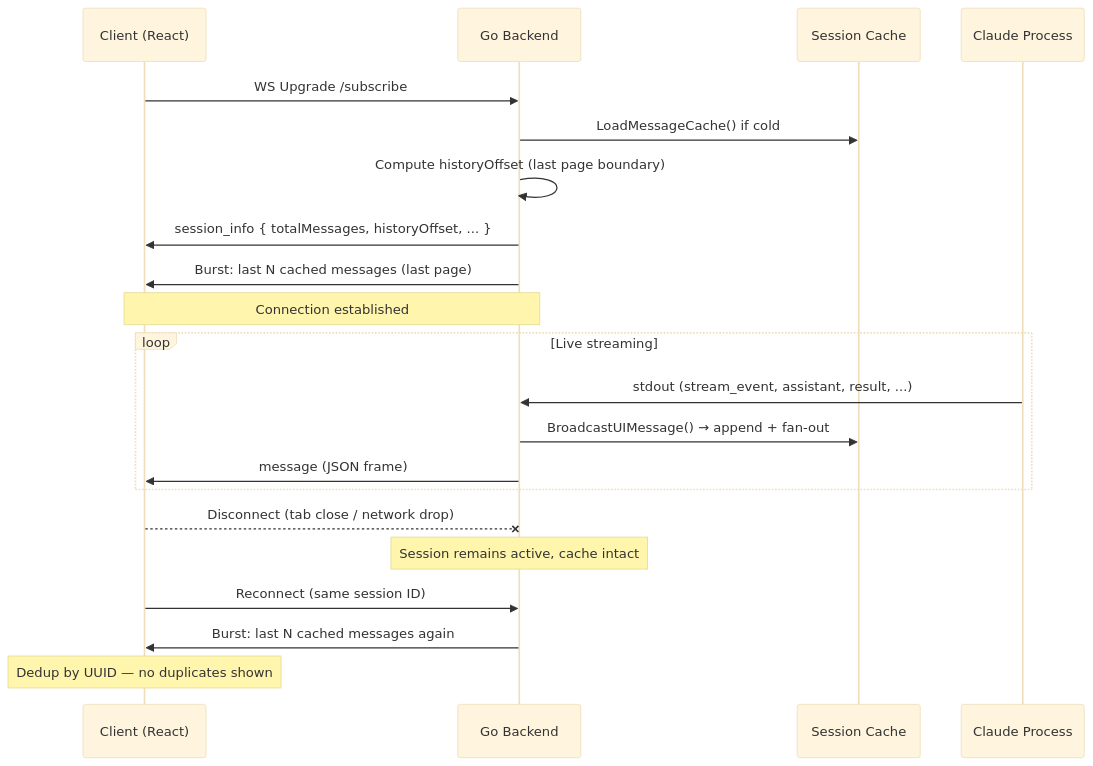
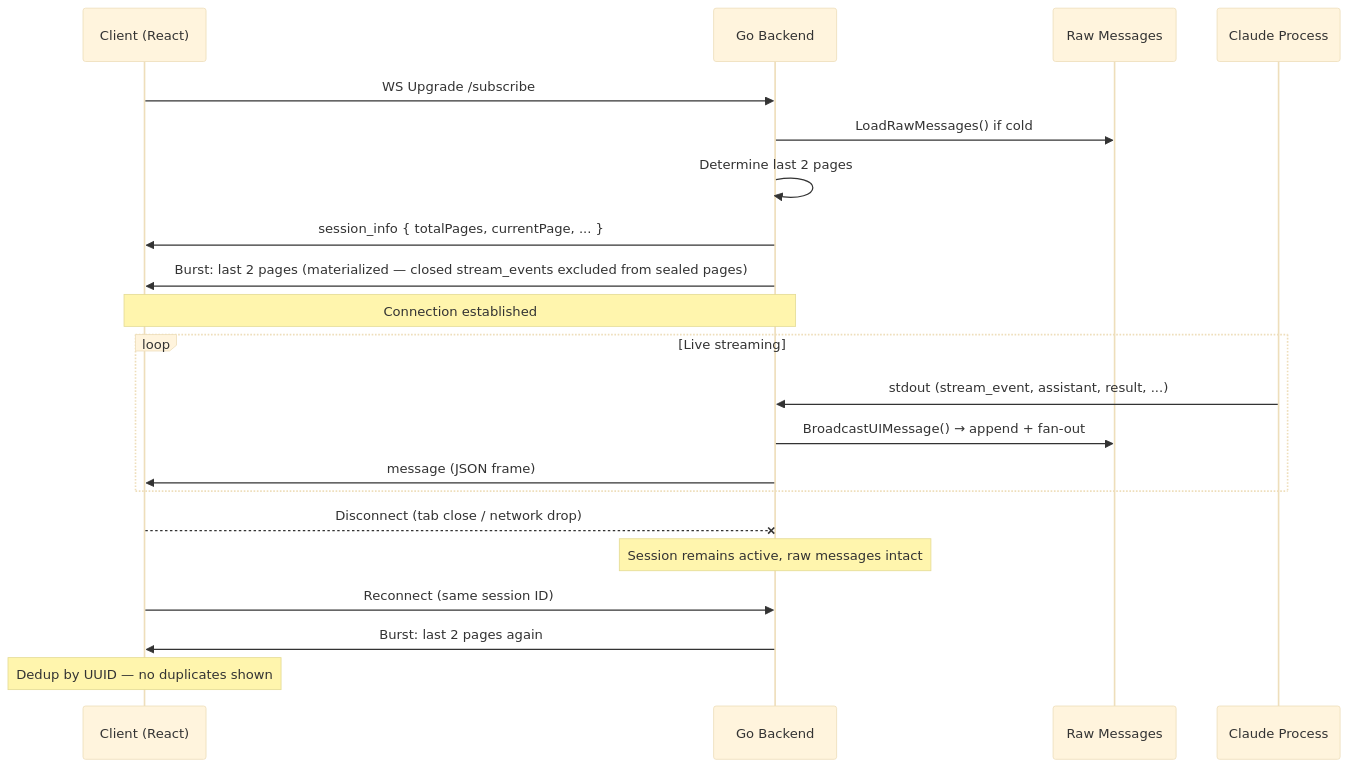
Before and after one commit to xiaoyuanzhu-com/my-life-db-docs: the second of 3 diagrams in src/content/docs/internal/claude-code/session-messages-review.md, drawn with Mermaid (base theme). The commit also changed other lines of this file, not shown here.

First line of the commit message:
docs: refactor session messages review for append-only raw messages and page-based pagination

````diff
--- a/src/content/docs/internal/claude-code/session-messages-review.md
+++ b/src/content/docs/internal/claude-code/session-messages-review.md
@@ -167,27 +167,27 @@
 ```mermaid
 sequenceDiagram
     participant C as Client (React)
     participant S as Go Backend
-    participant Cache as Session Cache
+    participant RM as Raw Messages
     participant Proc as Claude Process
 
     C->>S: WS Upgrade /subscribe
-    S->>Cache: LoadMessageCache() if cold
-    S->>S: Compute historyOffset (last page boundary)
-    S->>C: session_info { totalMessages, historyOffset, ... }
-    S->>C: Burst: last N cached messages (last page)
+    S->>RM: LoadRawMessages() if cold
+    S->>S: Determine last 2 pages
+    S->>C: session_info { totalPages, currentPage, ... }
+    S->>C: Burst: last 2 pages (materialized — closed stream_events excluded from sealed pages)
     Note over C,S: Connection established
 
     loop Live streaming
         Proc->>S: stdout (stream_event, assistant, result, ...)
-        S->>Cache: BroadcastUIMessage() → append + fan-out
+        S->>RM: BroadcastUIMessage() → append + fan-out
         S->>C: message (JSON frame)
     end
 
     C--xS: Disconnect (tab close / network drop)
-    Note over S: Session remains active, cache intact
+    Note over S: Session remains active, raw messages intact
 
     C->>S: Reconnect (same session ID)
-    S->>C: Burst: last N cached messages again
+    S->>C: Burst: last 2 pages again
     Note over C: Dedup by UUID — no duplicates shown
 ```
````
